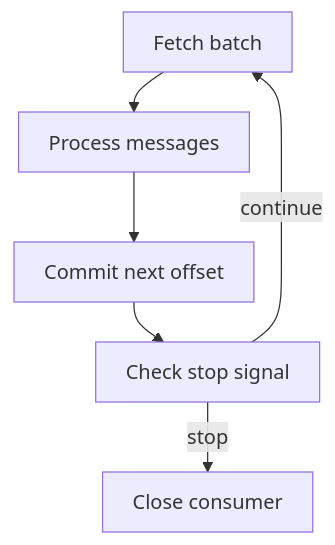
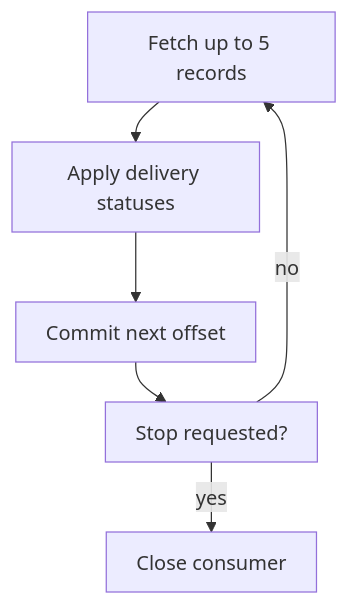
The diagram in docs/blog/posts/2026-09-13-kafka-in-python-services.md (bedrock-python/bedrock-python.github.io), drawn with Mermaid before and after one commit. The commit also changed other lines of this file and 205 other files, not shown here.

````diff
--- a/docs/blog/posts/2026-09-13-kafka-in-python-services.md
+++ b/docs/blog/posts/2026-09-13-kafka-in-python-services.md
@@ -68,24 +157,24 @@
 ```mermaid
 ---
 config:
   theme: default
   look: classic
   flowchart:
     useMaxWidth: false
     wrappingWidth: 150
     padding: 12
     nodeSpacing: 24
     rankSpacing: 32
 ---
 flowchart TD
-    accTitle: Record progress after processing
-    accDescr: The consumer processes an accepted batch before committing its offset. After a stop signal it does not request another batch.
-    A["Fetch batch"]
-    B["Process messages"]
+    accTitle: Finish the accepted batch before stopping
+    accDescr: Successful processing commits the next offset. Failure or timeout leaves unfinished progress for replay; the consumer then closes.
+    A["Fetch up to 5 records"]
+    B["Apply delivery statuses"]
     C["Commit next offset"]
-    D["Check stop signal"]
+    D["Stop requested?"]
     E["Close consumer"]
     A --> B --> C --> D
-    D -->|"continue"| A
-    D -->|"stop"| E
+    D -->|"no"| A
+    D -->|"yes"| E
 ```
````
